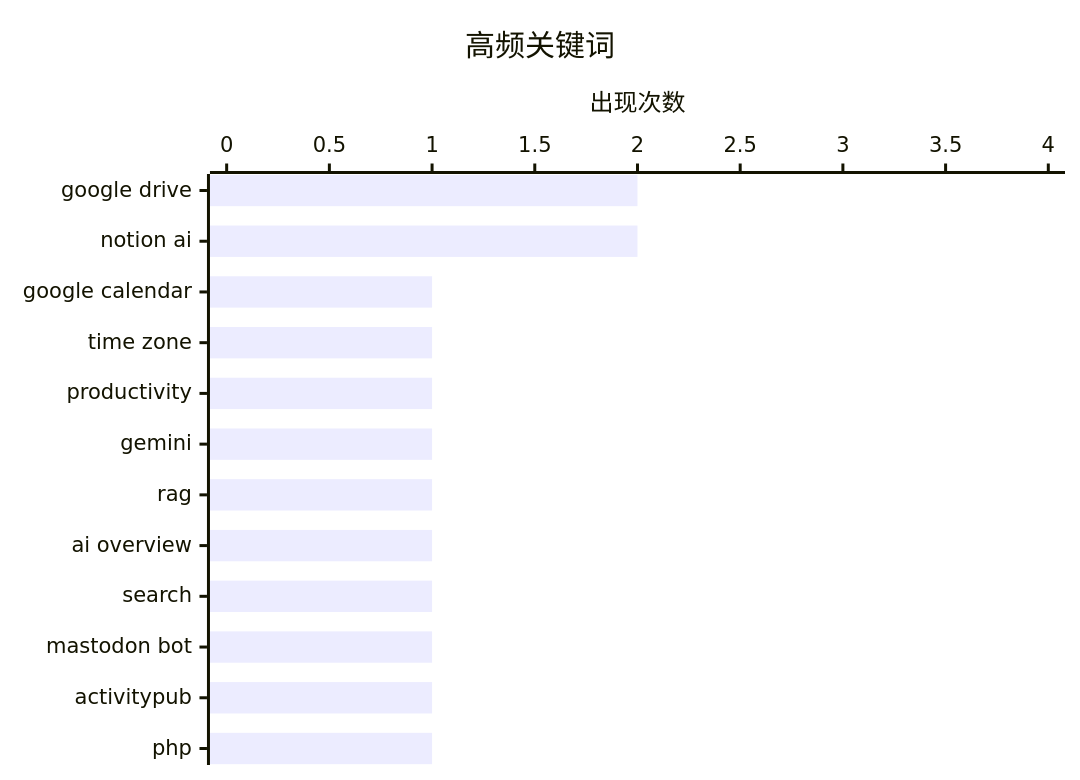
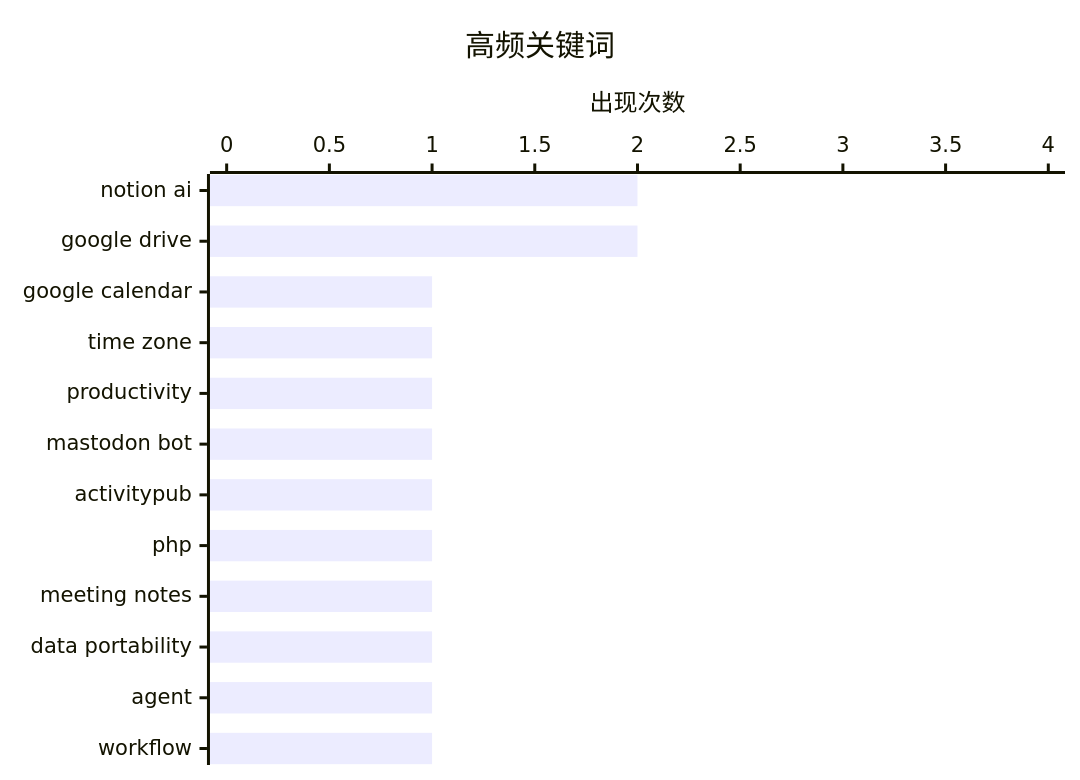
One commit to MirrMeur/ai-daily-digest changed the second of 2 diagrams in digests/digest-20260317.md. Above: the diagram before and after it, drawn with Mermaid. The commit also changed other lines of this file, not shown here.

````diff
--- a/digests/digest-20260317.md
+++ b/digests/digest-20260317.md
@@ -83,7 +83,7 @@
 ```mermaid
 xychart-beta horizontal
     title "高频关键词"
-    x-axis ["google drive", "notion ai", "google calendar", "time zone", "productivity", "gemini", "rag", "ai overview", "search", "mastodon bot", "activitypub", "php"]
+    x-axis ["notion ai", "google drive", "google calendar", "time zone", "productivity", "mastodon bot", "activitypub", "php", "meeting notes", "data portability", "agent", "workflow"]
     y-axis "出现次数" 0 --> 4
     bar [2, 2, 1, 1, 1, 1, 1, 1, 1, 1, 1, 1]
 ```
````
